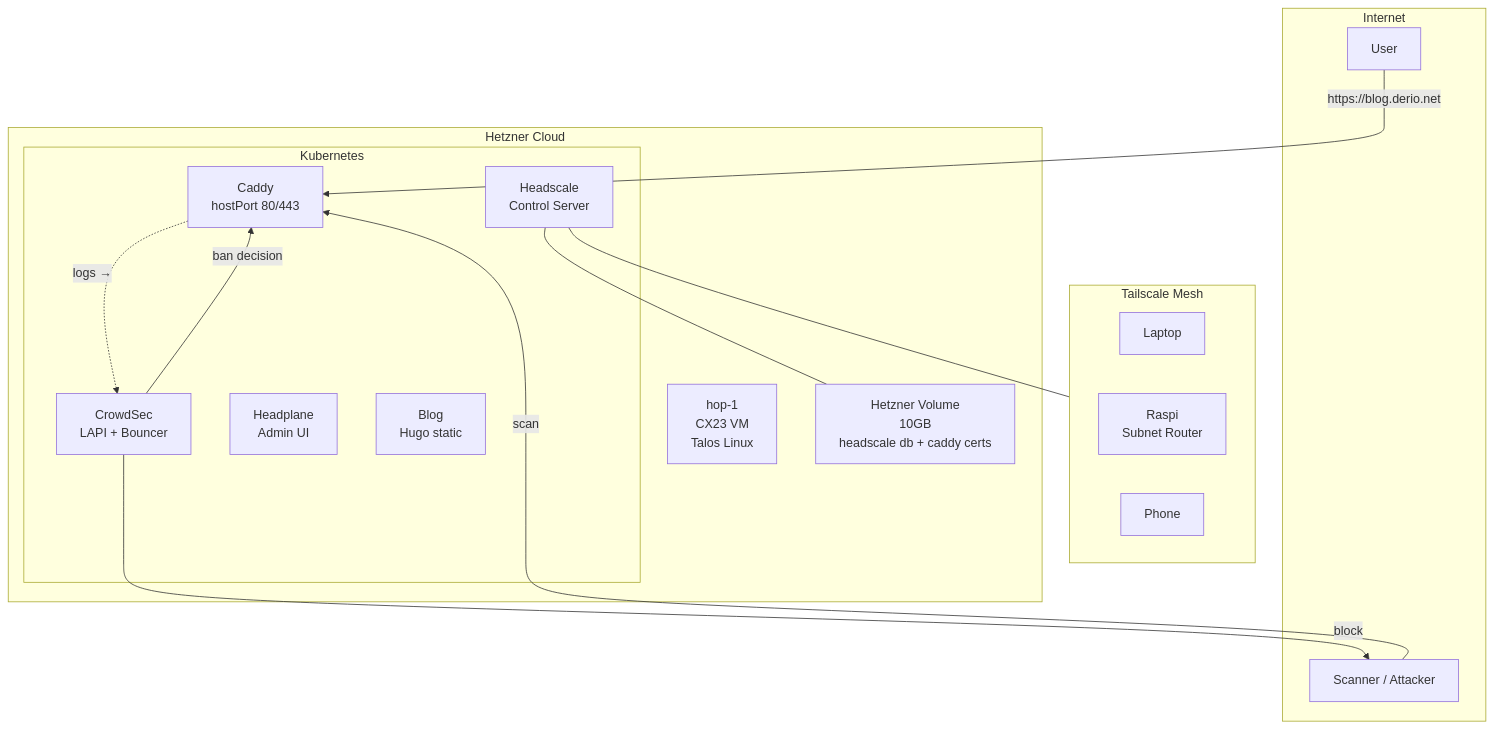
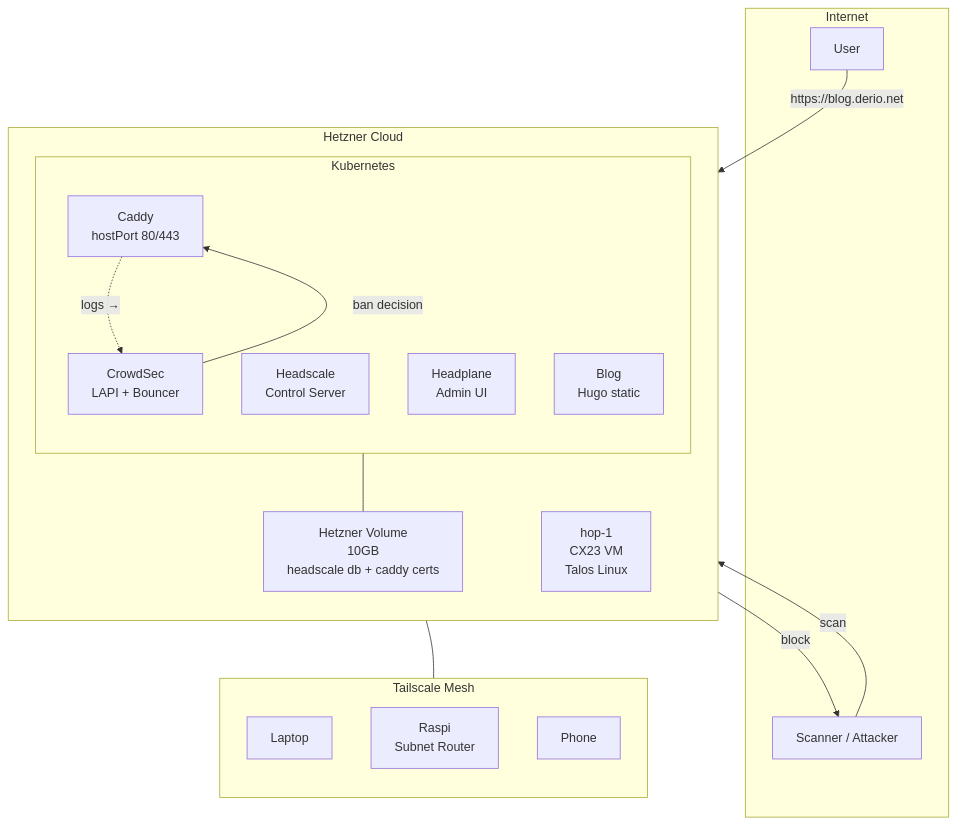
Before and after one commit to derio-net/frank: the diagram in blog/content/docs/operating/11-public-edge/index.md, drawn with Mermaid. The commit also changed 42 other files, not shown here.

First line of the commit message:
chore(repo): blog-craft v0.19.0 — mermaid natural-size rendering + all 35 diagrams under the width gate (#735)

````diff
--- a/blog/content/docs/operating/11-public-edge/index.md
+++ b/blog/content/docs/operating/11-public-edge/index.md
@@ -34,35 +34,38 @@
 ```mermaid
 graph TB
     subgraph internet["Internet"]
         user["User"]
         attacker["Scanner / Attacker"]
     end
 
     subgraph hetzner["Hetzner Cloud"]
+        direction TB
         hop["hop-1<br/>CX23 VM<br/>Talos Linux"]
 
         subgraph k8s["Kubernetes"]
+            direction TB
             caddy["Caddy<br/>hostPort 80/443"]
             cs["CrowdSec<br/>LAPI + Bouncer"]
             hs["Headscale<br/>Control Server"]
             hp["Headplane<br/>Admin UI"]
             blog["Blog<br/>Hugo static"]
         end
 
         vol["Hetzner Volume<br/>10GB<br/>headscale db + caddy certs"]
         caddy -.->|logs →| cs
         cs -->|ban decision| caddy
         hs --- vol
     end
 
     subgraph mesh["Tailscale Mesh"]
+        direction TB
         laptop["Laptop"]
         raspi["Raspi<br/>Subnet Router"]
         phone["Phone"]
     end
 
     user -->|https://blog.derio.net| caddy
     attacker -->|scan| caddy
     cs -->|block| attacker
     hs --- mesh
 ```
````
